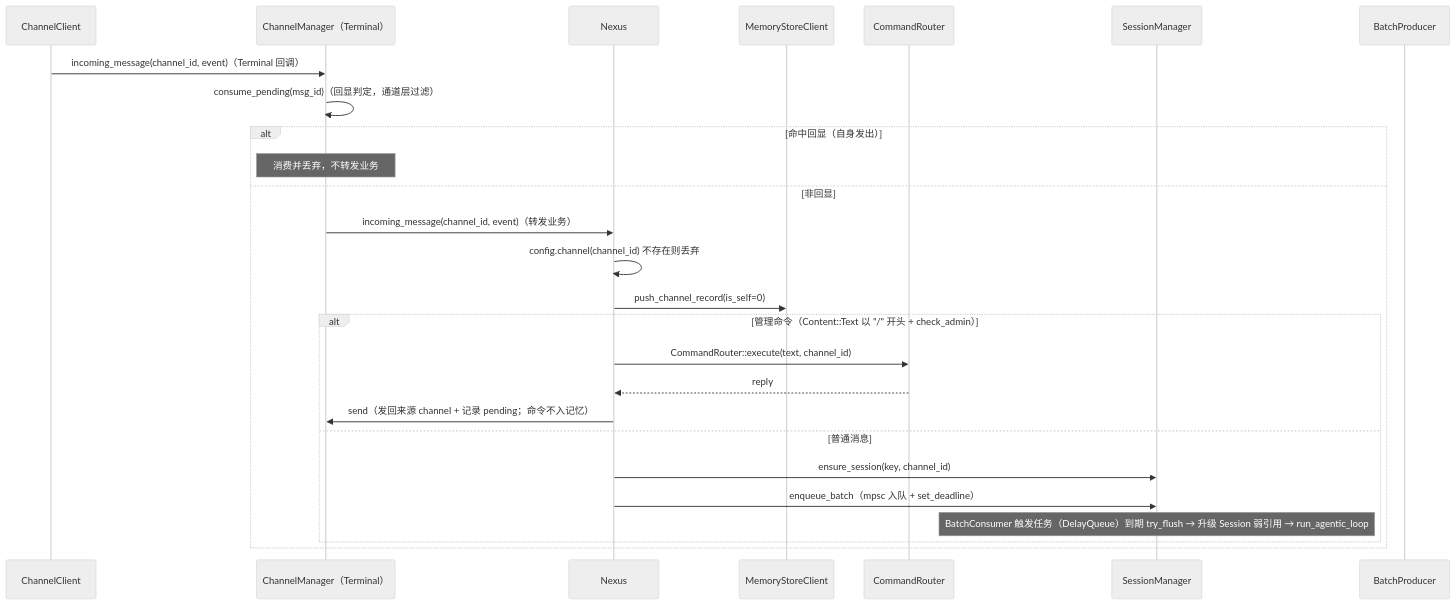
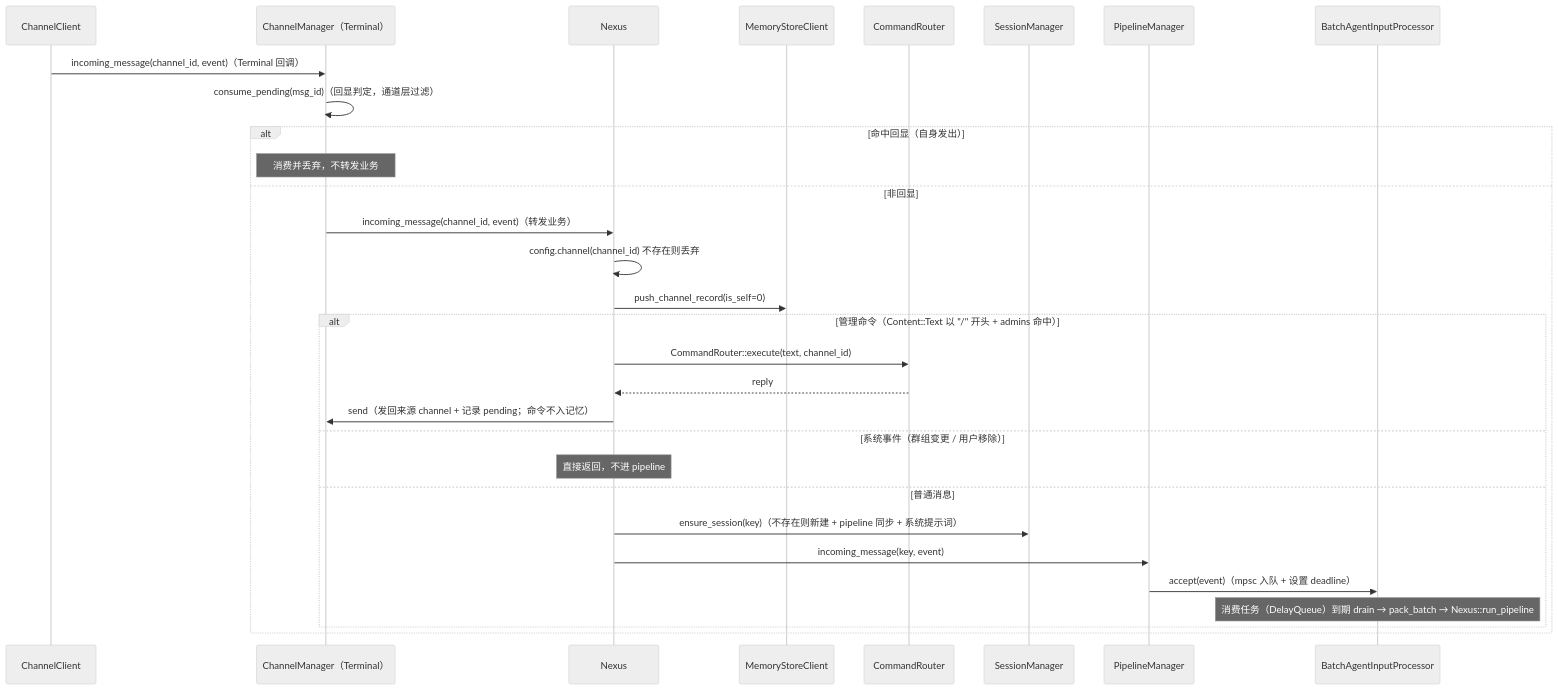
The third of 5 diagrams in docs/spec/agent-modules.md (coldcloude/kissbot), drawn with Mermaid (neutral theme) before and after one commit. The commit also changed other lines of this file and 16 other files, not shown here.

````diff
--- a/docs/spec/agent-modules.md
+++ b/docs/spec/agent-modules.md
@@ -116,29 +128,33 @@
 ```mermaid
 sequenceDiagram
     participant CC as ChannelClient
     participant CHM as ChannelManager（Terminal）
     participant CO as Nexus
     participant MSC as MemoryStoreClient
     participant CRT as CommandRouter
     participant SM as SessionManager
-    participant BP as BatchProducer
+    participant PLS as PipelineManager
+    participant IP as BatchAgentInputProcessor
 
     CC->>CHM: incoming_message(channel_id, event)（Terminal 回调）
     CHM->>CHM: consume_pending(msg_id)（回显判定，通道层过滤）
     alt 命中回显（自身发出）
         Note over CHM: 消费并丢弃，不转发业务
     else 非回显
         CHM->>CO: incoming_message(channel_id, event)（转发业务）
         CO->>CO: config.channel(channel_id) 不存在则丢弃
         CO->>MSC: push_channel_record(is_self=0)
-        alt 管理命令（Content::Text 以 "/" 开头 + check_admin）
+        alt 管理命令（Content::Text 以 "/" 开头 + admins 命中）
             CO->>CRT: CommandRouter::execute(text, channel_id)
             CRT-->>CO: reply
             CO->>CHM: send（发回来源 channel + 记录 pending；命令不入记忆）
+        else 系统事件（群组变更 / 用户移除）
+            Note over CO: 直接返回，不进 pipeline
         else 普通消息
-            CO->>SM: ensure_session(key, channel_id)
-            CO->>SM: enqueue_batch（mpsc 入队 + set_deadline）
-            Note over SM: BatchConsumer 触发任务（DelayQueue）到期 try_flush → 升级 Session 弱引用 → run_agentic_loop
+            CO->>SM: ensure_session(key)（不存在则新建 + pipeline 同步 + 系统提示词）
+            CO->>PLS: incoming_message(key, event)
+            PLS->>IP: accept(event)（mpsc 入队 + 设置 deadline）
+            Note over IP: 消费任务（DelayQueue）到期 drain → pack_batch → Nexus::run_pipeline
         end
     end
 ```
````
